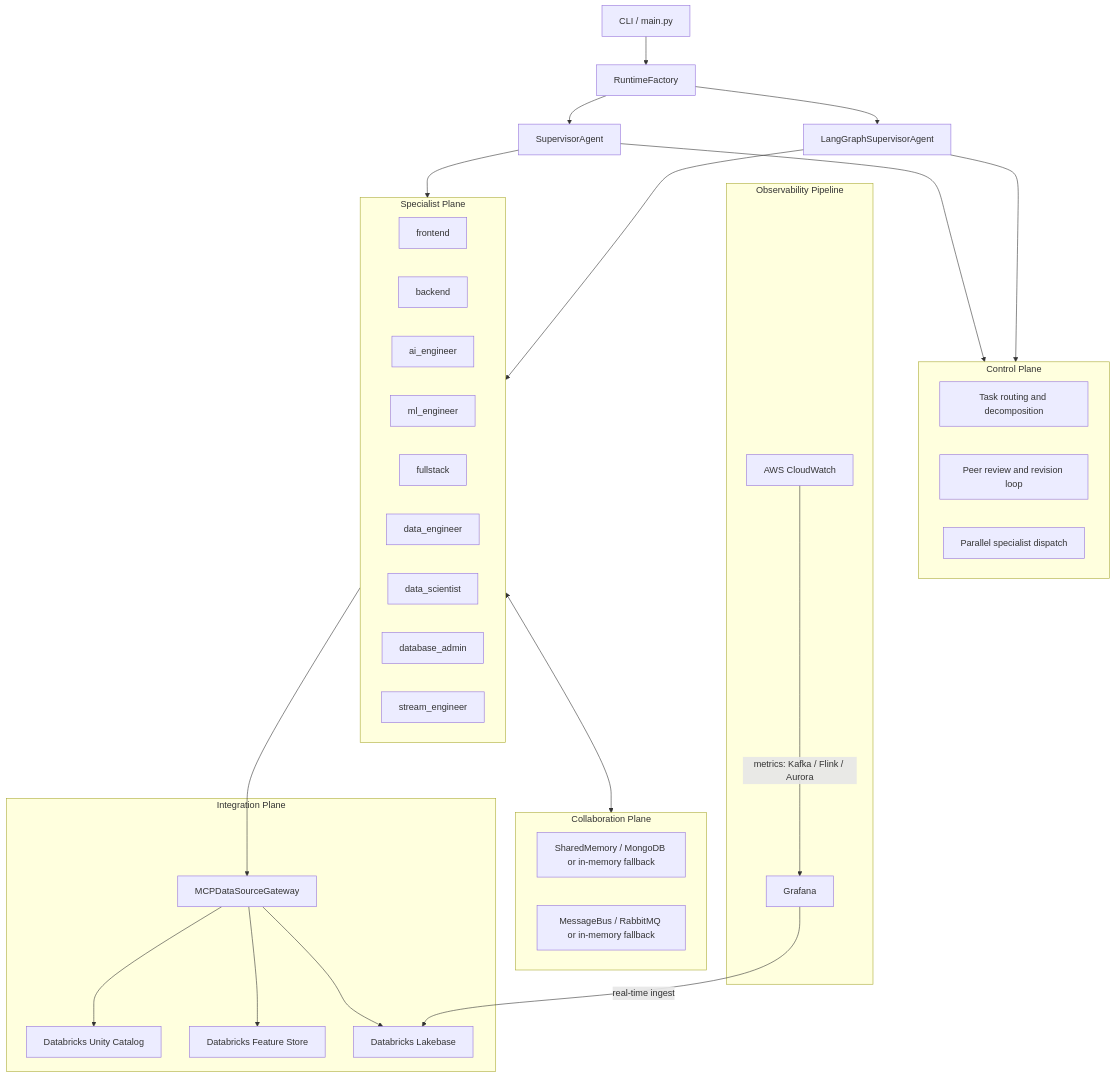
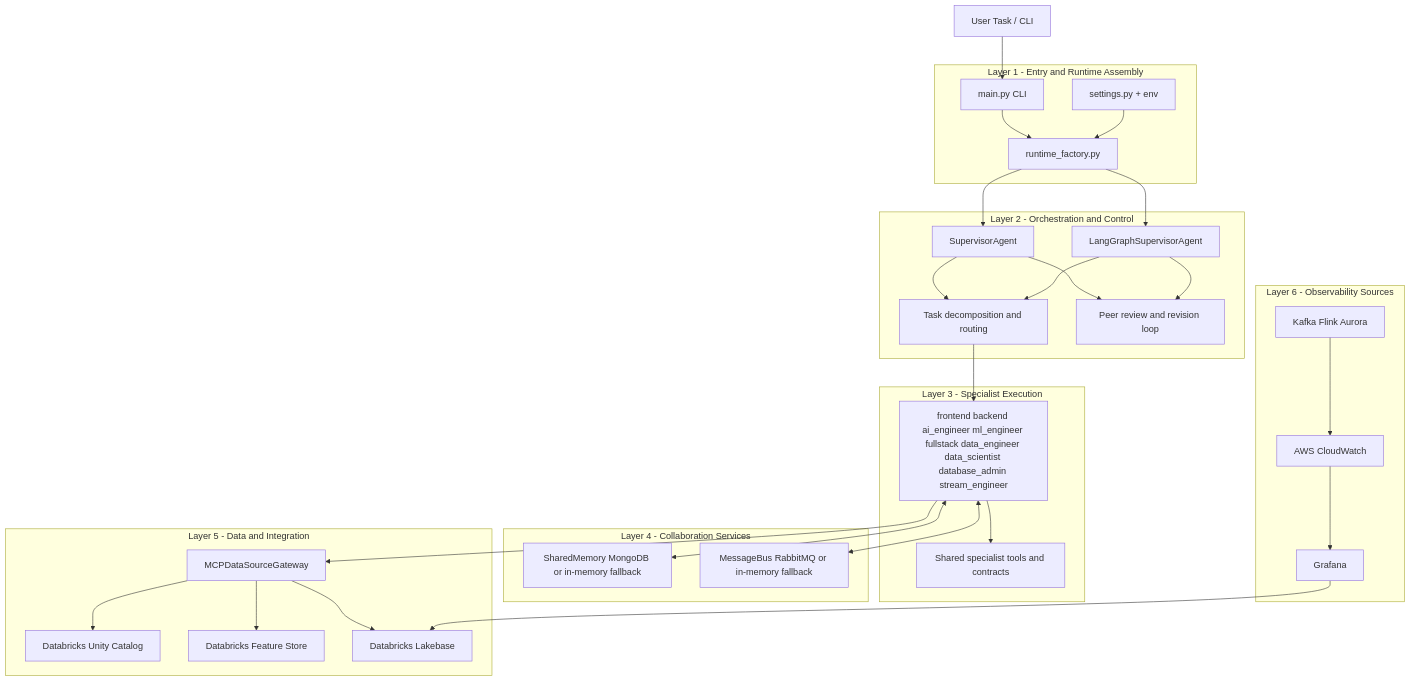
One commit to wchen-dea/Agentic-AI-Platform-on-Databricks changed the first of 5 diagrams in docs/architecture.md. Above: the diagram before and after it, drawn with Mermaid. The commit also changed other lines of this file, not shown here.

Commit message:
code review

````diff
--- a/docs/architecture.md
+++ b/docs/architecture.md
@@ -69,57 +69,57 @@
 ```mermaid
 flowchart TB
-  cli[CLI / main.py]
-  rt[RuntimeFactory]
-  sup[SupervisorAgent]
-  lgs[LangGraphSupervisorAgent]
+  user[User Task / CLI]
 
-  subgraph control[Control Plane]
-    routing[Task routing and decomposition]
-    review[Peer review and revision loop]
-    parallel[Parallel specialist dispatch]
+  subgraph l1[Layer 1 - Entry and Runtime Assembly]
+    main[main.py CLI]
+    rf[runtime_factory.py]
+    cfg[settings.py + env]
   end
 
-  subgraph specialists[Specialist Plane]
-    fe[frontend]
-    be[backend]
-    ai[ai_engineer]
-    ml[ml_engineer]
-    fs[fullstack]
-    de[data_engineer]
-    ds[data_scientist]
-    dba[database_admin]
-    se[stream_engineer]
+  subgraph l2[Layer 2 - Orchestration and Control]
+    sup[SupervisorAgent]
+    lgs[LangGraphSupervisorAgent]
+    route[Task decomposition and routing]
+    loop[Peer review and revision loop]
   end
 
-  subgraph collaboration[Collaboration Plane]
-    mem[SharedMemory / MongoDB or in-memory fallback]
-    bus[MessageBus / RabbitMQ or in-memory fallback]
+  subgraph l3[Layer 3 - Specialist Execution]
+    specs[frontend backend ai_engineer ml_engineer fullstack data_engineer data_scientist database_admin stream_engineer]
+    tools[Shared specialist tools and contracts]
   end
 
-  subgraph integration[Integration Plane]
-    mcp[MCPDataSourceGateway]
-    dsu[Databricks Unity Catalog]
-    dsf[Databricks Feature Store]
-    dsl[Databricks Lakebase]
+  subgraph l4[Layer 4 - Collaboration Services]
+    mem[SharedMemory MongoDB or in-memory fallback]
+    bus[MessageBus RabbitMQ or in-memory fallback]
   end
 
-  subgraph observability[Observability Pipeline]
-    cw[AWS CloudWatch]
-    grf[Grafana]
+  subgraph l5[Layer 5 - Data and Integration]
+    mcp[MCPDataSourceGateway]
+    uc[Databricks Unity Catalog]
+    fs[Databricks Feature Store]
+    lb[Databricks Lakebase]
   end
 
-  cli --> rt
-  rt --> sup
-  rt --> lgs
-  sup --> control
-  lgs --> control
-  sup --> specialists
-  lgs --> specialists
-  specialists <--> collaboration
-  specialists --> mcp
-  mcp --> dsu
-  mcp --> dsf
-  mcp --> dsl
-  cw -->|metrics: Kafka / Flink / Aurora| grf
-  grf -->|real-time ingest| dsl
+  subgraph l6[Layer 6 - Observability Sources]
+    cw[AWS CloudWatch]
+    gr[Grafana]
+    ext[Kafka Flink Aurora]
+  end
+
+  user --> main --> rf
+  cfg --> rf
+  rf --> sup
+  rf --> lgs
+  sup --> route --> specs
+  lgs --> route
+  sup --> loop
+  lgs --> loop
+  specs --> tools
+  specs <--> mem
+  specs <--> bus
+  specs --> mcp
+  mcp --> uc
+  mcp --> fs
+  mcp --> lb
+  ext --> cw --> gr --> lb
 ```
````
